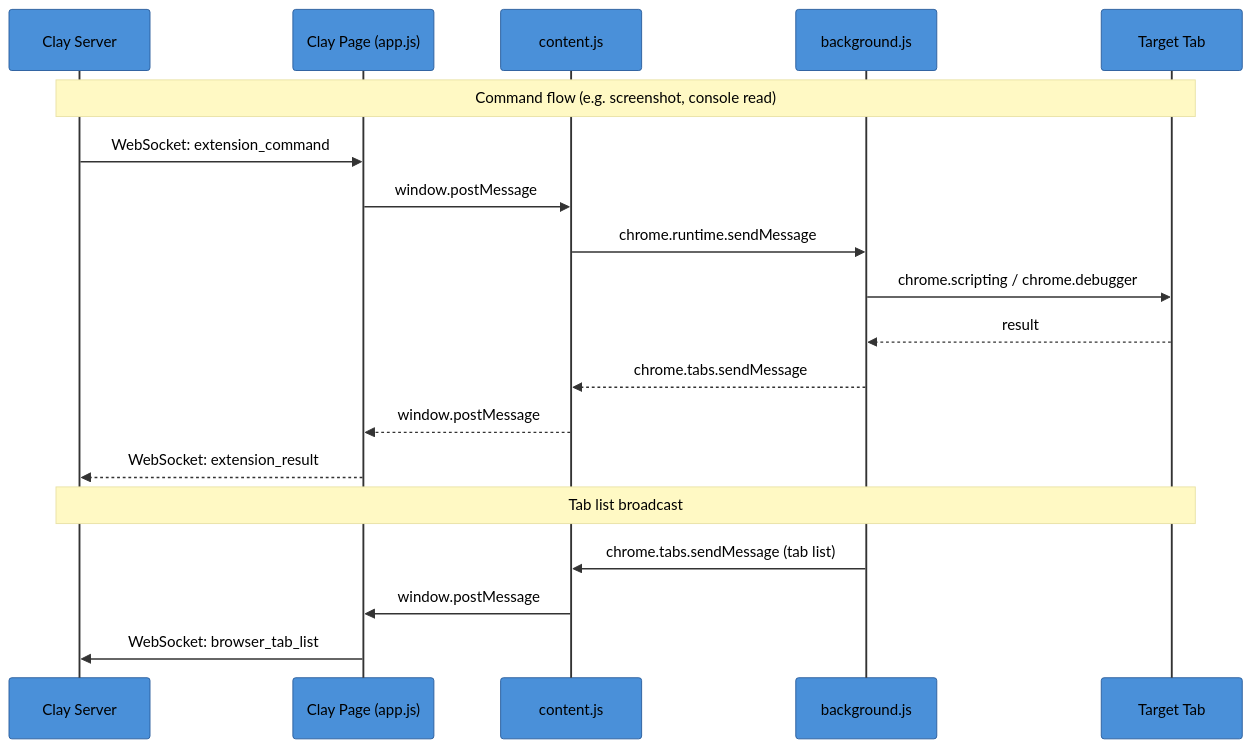
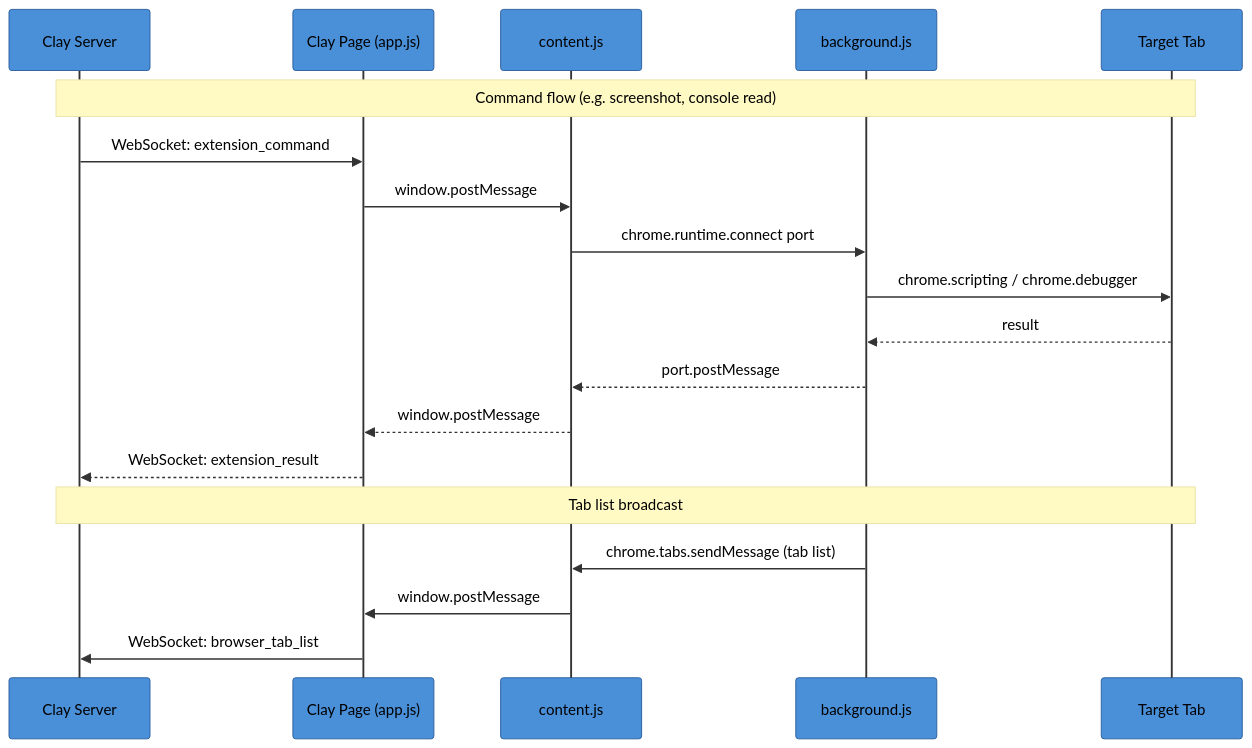
One commit to bojanx100/clay-chrome changed the diagram in README.md. Above: the diagram before and after it, drawn with Mermaid. The commit also changed other lines of this file and 5 other files, not shown here.

````diff
--- a/README.md
+++ b/README.md
@@ -22,24 +31,24 @@
 ```mermaid
 %%{init: {'theme': 'base', 'themeVariables': {'primaryTextColor': '#000', 'noteBkgColor': '#fff9c4', 'noteTextColor': '#000', 'signalTextColor': '#000', 'actorTextColor': '#000', 'actorBkg': '#4a90d9', 'actorBorder': '#2c5f9e', 'actorLineColor': '#333', 'signalColor': '#333'}}}%%
 sequenceDiagram
     participant S as Clay Server
     participant P as Clay Page (app.js)
     participant C as content.js
     participant B as background.js
     participant T as Target Tab
 
     Note over S,T: Command flow (e.g. screenshot, console read)
     S->>P: WebSocket: extension_command
     P->>C: window.postMessage
-    C->>B: chrome.runtime.sendMessage
+    C->>B: chrome.runtime.connect port
     B->>T: chrome.scripting / chrome.debugger
     T-->>B: result
-    B-->>C: chrome.tabs.sendMessage
+    B-->>C: port.postMessage
     C-->>P: window.postMessage
     P-->>S: WebSocket: extension_result
 
     Note over S,T: Tab list broadcast
     B->>C: chrome.tabs.sendMessage (tab list)
     C->>P: window.postMessage
     P->>S: WebSocket: browser_tab_list
 ```
````
